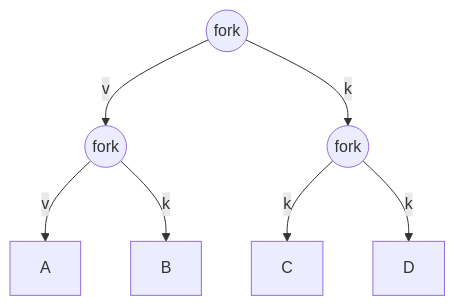
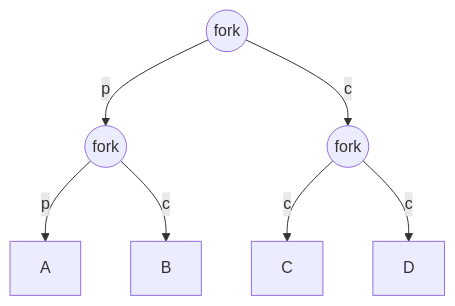
The first of 2 diagrams in BuS Notes/Tutorial 01.md (Omarrichi/Studium), drawn with Mermaid before and after one commit. The commit also changed other lines of this file and 1 other file, not shown here.

````diff
--- a/BuS Notes/Tutorial 01.md
+++ b/BuS Notes/Tutorial 01.md
@@ -40,11 +40,11 @@
 ```mermaid
 graph TD;
-    A((fork)) -->|v| B((fork));
-    A((fork)) -->|k| C((fork));
-    B((fork)) -->|v| D[A];
-    B((fork)) -->|k| E[B];
-    C((fork)) -->|k| F[C];
-    C((fork)) -->|k| G[D];
+    A((fork)) -->|p| B((fork));
+    A((fork)) -->|c| C((fork));
+    B((fork)) -->|p| D[A];
+    B((fork)) -->|c| E[B];
+    C((fork)) -->|c| F[C];
+    C((fork)) -->|c| G[D];
     
 
 ```
````
